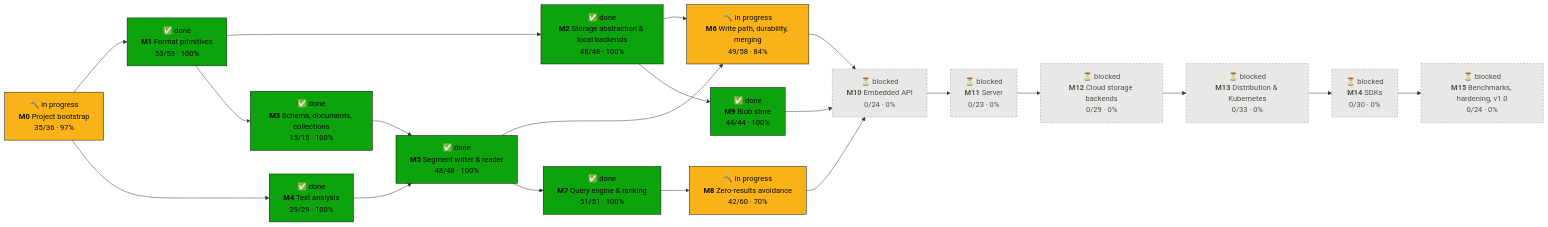
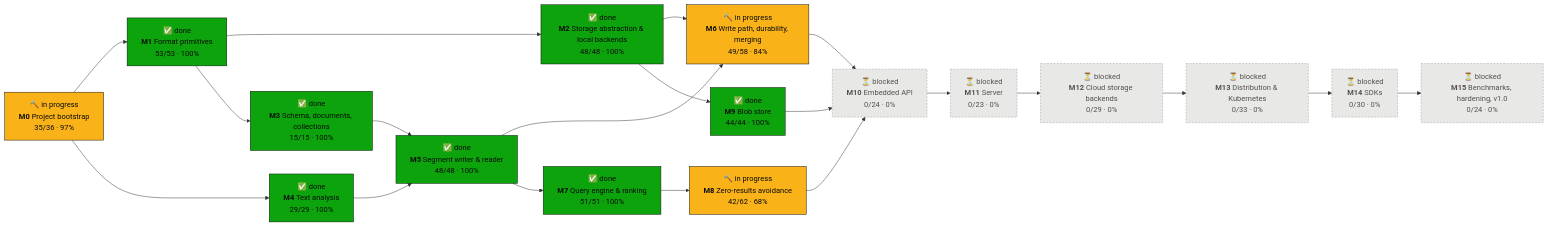
The first of 2 diagrams in PROGRESS.md (tomiok/persiaDB), drawn with Mermaid before and after one commit. The commit also changed other lines of this file and 3 other files, not shown here.

Commit message:
docs(roadmap): new leaves 8.1.32 and 8.2.16 (v1.1) found in the re-review

````diff
--- a/PROGRESS.md
+++ b/PROGRESS.md
@@ -16,42 +16,42 @@
 ```mermaid
 flowchart LR
   M0["🔨 in progress<br/><b>M0</b> Project bootstrap<br/>35/36 · 97%"]:::doing
   M1["✅ done<br/><b>M1</b> Format primitives<br/>53/53 · 100%"]:::done
   M2["✅ done<br/><b>M2</b> Storage abstraction & local backends<br/>48/48 · 100%"]:::done
   M3["✅ done<br/><b>M3</b> Schema, documents, collections<br/>15/15 · 100%"]:::done
   M4["✅ done<br/><b>M4</b> Text analysis<br/>29/29 · 100%"]:::done
   M5["✅ done<br/><b>M5</b> Segment writer & reader<br/>48/48 · 100%"]:::done
   M6["🔨 in progress<br/><b>M6</b> Write path, durability, merging<br/>49/58 · 84%"]:::doing
   M7["✅ done<br/><b>M7</b> Query engine & ranking<br/>51/51 · 100%"]:::done
-  M8["🔨 in progress<br/><b>M8</b> Zero-results avoidance<br/>42/60 · 70%"]:::doing
+  M8["🔨 in progress<br/><b>M8</b> Zero-results avoidance<br/>42/62 · 68%"]:::doing
   M9["✅ done<br/><b>M9</b> Blob store<br/>44/44 · 100%"]:::done
   M10["⏳ blocked<br/><b>M10</b> Embedded API<br/>0/24 · 0%"]:::blocked
   M11["⏳ blocked<br/><b>M11</b> Server<br/>0/23 · 0%"]:::blocked
   M12["⏳ blocked<br/><b>M12</b> Cloud storage backends<br/>0/29 · 0%"]:::blocked
   M13["⏳ blocked<br/><b>M13</b> Distribution & Kubernetes<br/>0/33 · 0%"]:::blocked
   M14["⏳ blocked<br/><b>M14</b> SDKs<br/>0/30 · 0%"]:::blocked
   M15["⏳ blocked<br/><b>M15</b> Benchmarks, hardening, v1.0<br/>0/24 · 0%"]:::blocked
   M0 --> M1
   M1 --> M2
   M1 --> M3
   M0 --> M4
   M3 --> M5
   M4 --> M5
   M2 --> M6
   M5 --> M6
   M5 --> M7
   M7 --> M8
   M2 --> M9
   M6 --> M10
   M8 --> M10
   M9 --> M10
   M10 --> M11
   M11 --> M12
   M12 --> M13
   M13 --> M14
   M14 --> M15
   classDef done fill:#0ca30c,stroke:#0b0b0b,color:#0b0b0b
   classDef doing fill:#fab219,stroke:#0b0b0b,color:#0b0b0b
   classDef ready fill:#fcfcfb,stroke:#0b0b0b,stroke-width:2px,color:#0b0b0b
   classDef blocked fill:#e8e8e6,stroke:#9a9a96,stroke-dasharray:4 3,color:#52514e
 ```
````
